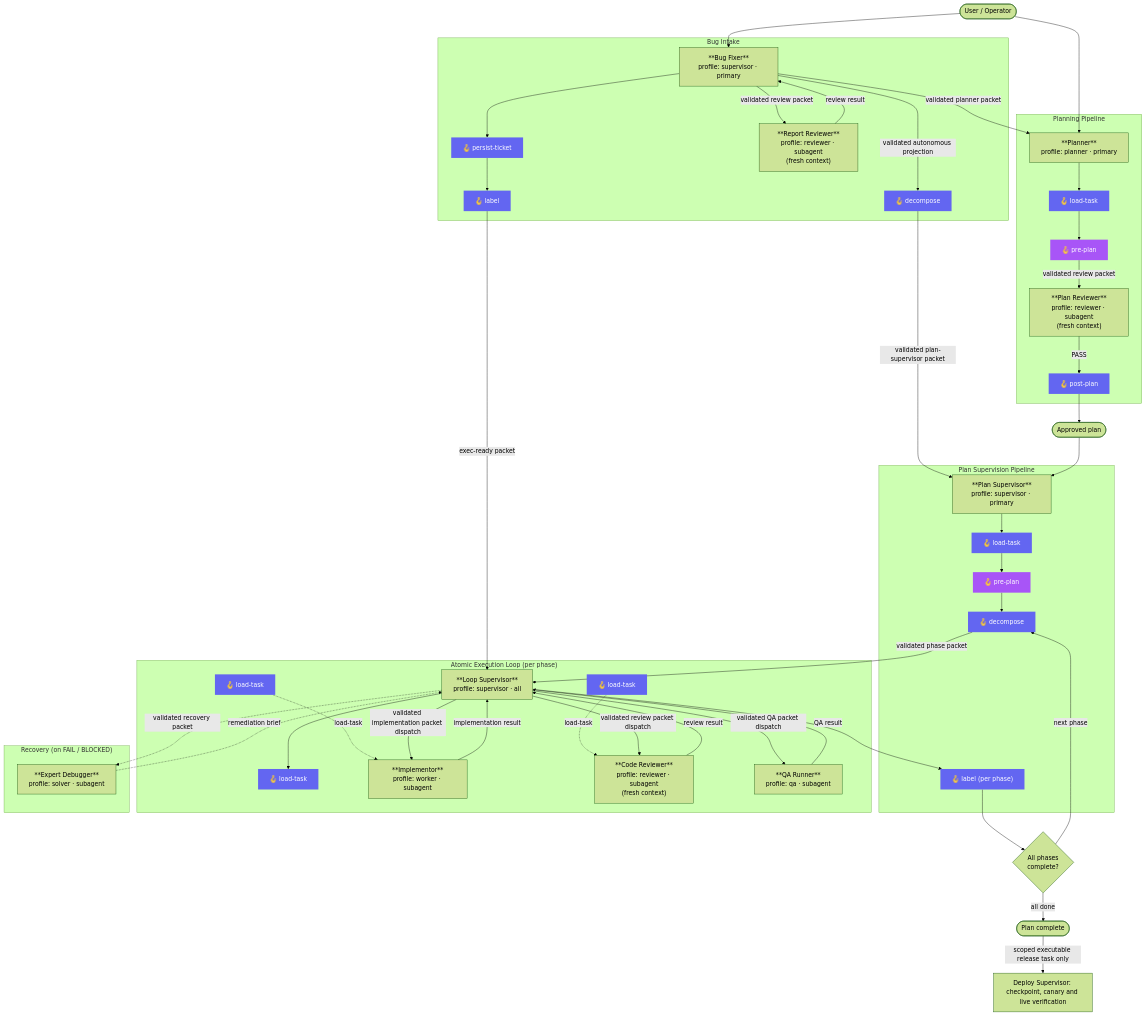
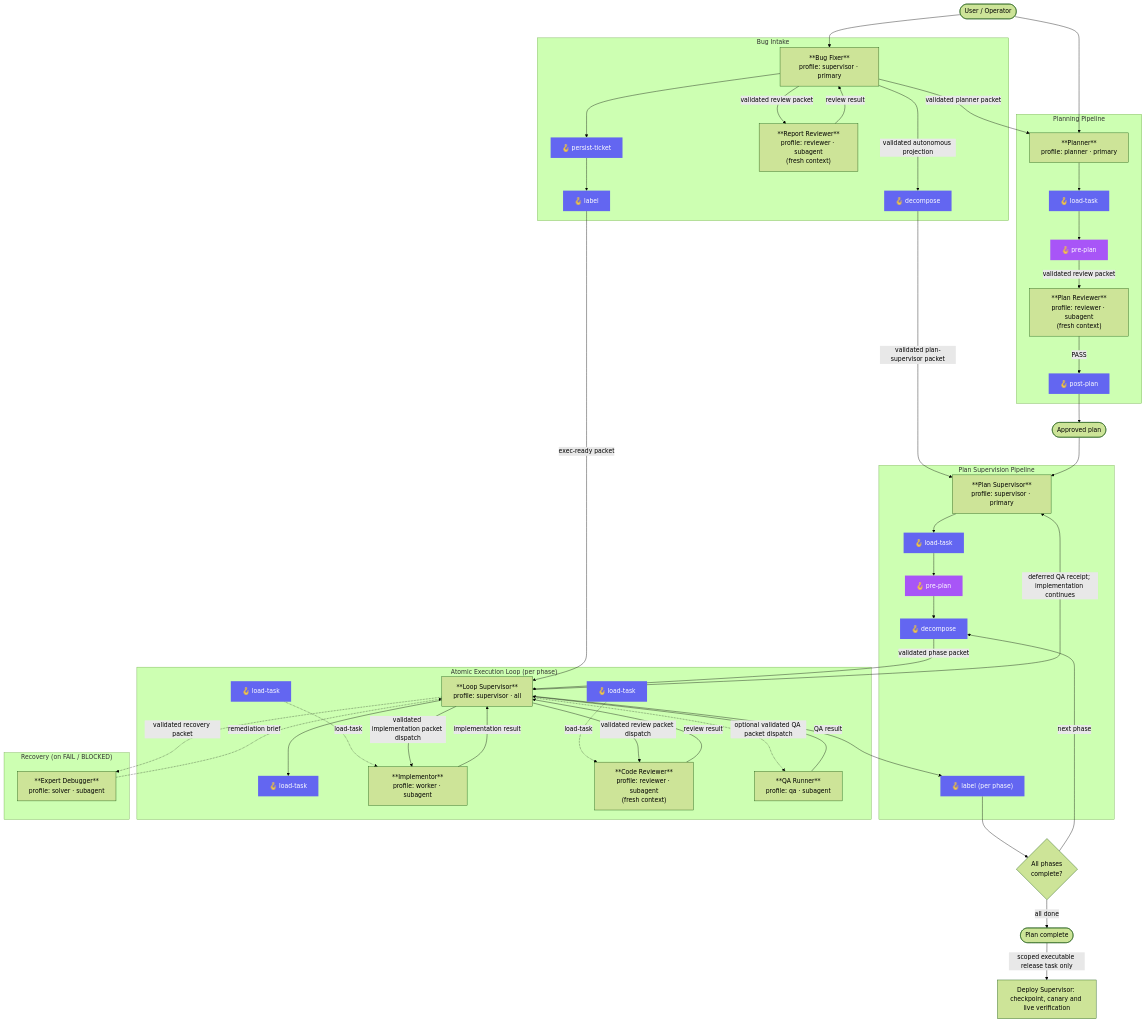
Before and after one commit to ericmaster/agent-fabric: the diagram in docs/architecture/system-overview.md, drawn with Mermaid (forest theme). The commit also changed 20 other files, not shown here.

```diff
--- a/docs/architecture/system-overview.md
+++ b/docs/architecture/system-overview.md
@@ -71,8 +71,9 @@
     IMPL -->|"implementation result"| LSUP
     LSUP -->|"validated review packet dispatch"| CREV
     CREV -->|"review result"| LSUP
-    LSUP -->|"validated QA packet dispatch"| QAR
+    LSUP -.->|"optional validated QA packet dispatch"| QAR
     QAR -->|"QA result"| LSUP
+    LSUP -->|"deferred QA receipt; implementation continues"| PSUP
 
     subgraph "Recovery (on FAIL / BLOCKED)"
         DBG["**Expert Debugger**\nprofile: solver · subagent"]
```
